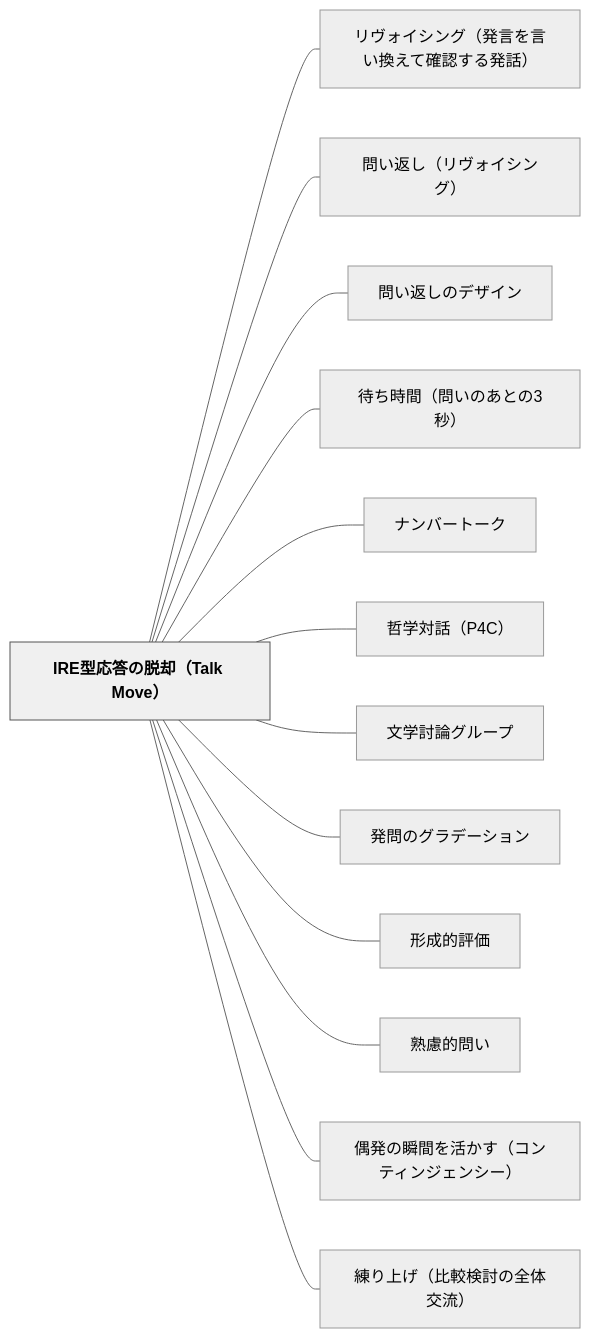
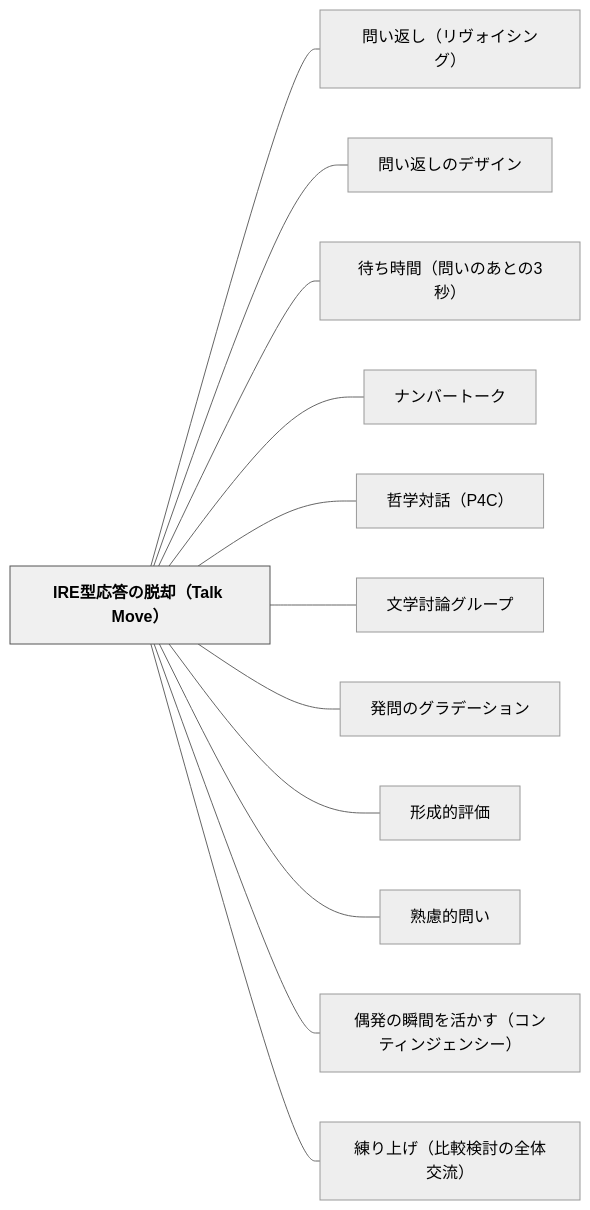
Before and after one commit to unknownthings-ed-patterns/unknownthings-ed-patterns: the diagram in content/パタン/IRE型応答の脱却（Talk Move）.md, drawn with Mermaid (neutral theme). The commit also changed other lines of this file and 32 other files, not shown here.

````diff
--- a/content/パタン/IRE型応答の脱却（Talk Move）.md
+++ b/content/パタン/IRE型応答の脱却（Talk Move）.md
@@ -161,32 +160,30 @@
 ```mermaid
 flowchart LR
     n495245e59e8be5bf9ce7ad94e381aee884b1e58db4efbc8854616c6b204d6f7665efbc89["IRE型応答の脱却（Talk Move）"]
-    ne383aae383b4e382a9e382a4e382b7e383b3e382b0efbc88e799bae8a880e38292e8a880e38184e68f9be38188e381a6e7a2bae8aa8de38199e3828be799bae8a9b1efbc89["リヴォイシング（発言を言い換えて確認する発話）"]
     ne5958fe38184e8bf94e38197efbc88e383aae383b4e382a9e382a4e382b7e383b3e382b0efbc89["問い返し（リヴォイシング）"]
     ne5958fe38184e8bf94e38197e381aee38387e382b6e382a4e383b3["問い返しのデザイン"]
     ne5be85e381a1e69982e99693efbc88e5958fe38184e381aee38182e381a8e381ae33e7a792efbc89["待ち時間（問いのあとの3秒）"]
     ne3838ae383b3e38390e383bce38388e383bce382af["ナンバートーク"]
     ne593b2e5ada6e5afbee8a9b1efbc88503443efbc89["哲学対話（P4C）"]
     ne69687e5ada6e8a88ee8ab96e382b0e383abe383bce38397["文学討論グループ"]
     ne799bae5958fe381aee382b0e383a9e38387e383bce382b7e383a7e383b3["発問のグラデーション"]
     ne5bda2e68890e79a84e8a995e4bea1["形成的評価"]
     ne7869fe685aee79a84e5958fe38184["熟慮的問い"]
     ne581b6e799bae381aee79eace99693e38292e6b4bbe3818be38199efbc88e382b3e383b3e38386e382a3e383b3e382b8e382a7e383b3e382b7e383bcefbc89["偶発の瞬間を活かす（コンティンジェンシー）"]
     ne7b7b4e3828ae4b88ae38192efbc88e6af94e8bc83e6a49ce8a88ee381aee585a8e4bd93e4baa4e6b581efbc89["練り上げ（比較検討の全体交流）"]
 
-    n495245e59e8be5bf9ce7ad94e381aee884b1e58db4efbc8854616c6b204d6f7665efbc89 --- ne383aae383b4e382a9e382a4e382b7e383b3e382b0efbc88e799bae8a880e38292e8a880e38184e68f9be38188e381a6e7a2bae8aa8de38199e3828be799bae8a9b1efbc89
     n495245e59e8be5bf9ce7ad94e381aee884b1e58db4efbc8854616c6b204d6f7665efbc89 --- ne5958fe38184e8bf94e38197efbc88e383aae383b4e382a9e382a4e382b7e383b3e382b0efbc89
     n495245e59e8be5bf9ce7ad94e381aee884b1e58db4efbc8854616c6b204d6f7665efbc89 --- ne5958fe38184e8bf94e38197e381aee38387e382b6e382a4e383b3
     n495245e59e8be5bf9ce7ad94e381aee884b1e58db4efbc8854616c6b204d6f7665efbc89 --- ne5be85e381a1e69982e99693efbc88e5958fe38184e381aee38182e381a8e381ae33e7a792efbc89
     n495245e59e8be5bf9ce7ad94e381aee884b1e58db4efbc8854616c6b204d6f7665efbc89 --- ne3838ae383b3e38390e383bce38388e383bce382af
     n495245e59e8be5bf9ce7ad94e381aee884b1e58db4efbc8854616c6b204d6f7665efbc89 --- ne593b2e5ada6e5afbee8a9b1efbc88503443efbc89
     n495245e59e8be5bf9ce7ad94e381aee884b1e58db4efbc8854616c6b204d6f7665efbc89 --- ne69687e5ada6e8a88ee8ab96e382b0e383abe383bce38397
     n495245e59e8be5bf9ce7ad94e381aee884b1e58db4efbc8854616c6b204d6f7665efbc89 --- ne799bae5958fe381aee382b0e383a9e38387e383bce382b7e383a7e383b3
     n495245e59e8be5bf9ce7ad94e381aee884b1e58db4efbc8854616c6b204d6f7665efbc89 --- ne5bda2e68890e79a84e8a995e4bea1
     n495245e59e8be5bf9ce7ad94e381aee884b1e58db4efbc8854616c6b204d6f7665efbc89 --- ne7869fe685aee79a84e5958fe38184
     n495245e59e8be5bf9ce7ad94e381aee884b1e58db4efbc8854616c6b204d6f7665efbc89 --- ne581b6e799bae381aee79eace99693e38292e6b4bbe3818be38199efbc88e382b3e383b3e38386e382a3e383b3e382b8e382a7e383b3e382b7e383bcefbc89
     n495245e59e8be5bf9ce7ad94e381aee884b1e58db4efbc8854616c6b204d6f7665efbc89 --- ne7b7b4e3828ae4b88ae38192efbc88e6af94e8bc83e6a49ce8a88ee381aee585a8e4bd93e4baa4e6b581efbc89
 
     classDef hub fill:#f0f0f0,stroke:#555,color:#000,font-weight:bold
     class n495245e59e8be5bf9ce7ad94e381aee884b1e58db4efbc8854616c6b204d6f7665efbc89 hub
 ```
````
